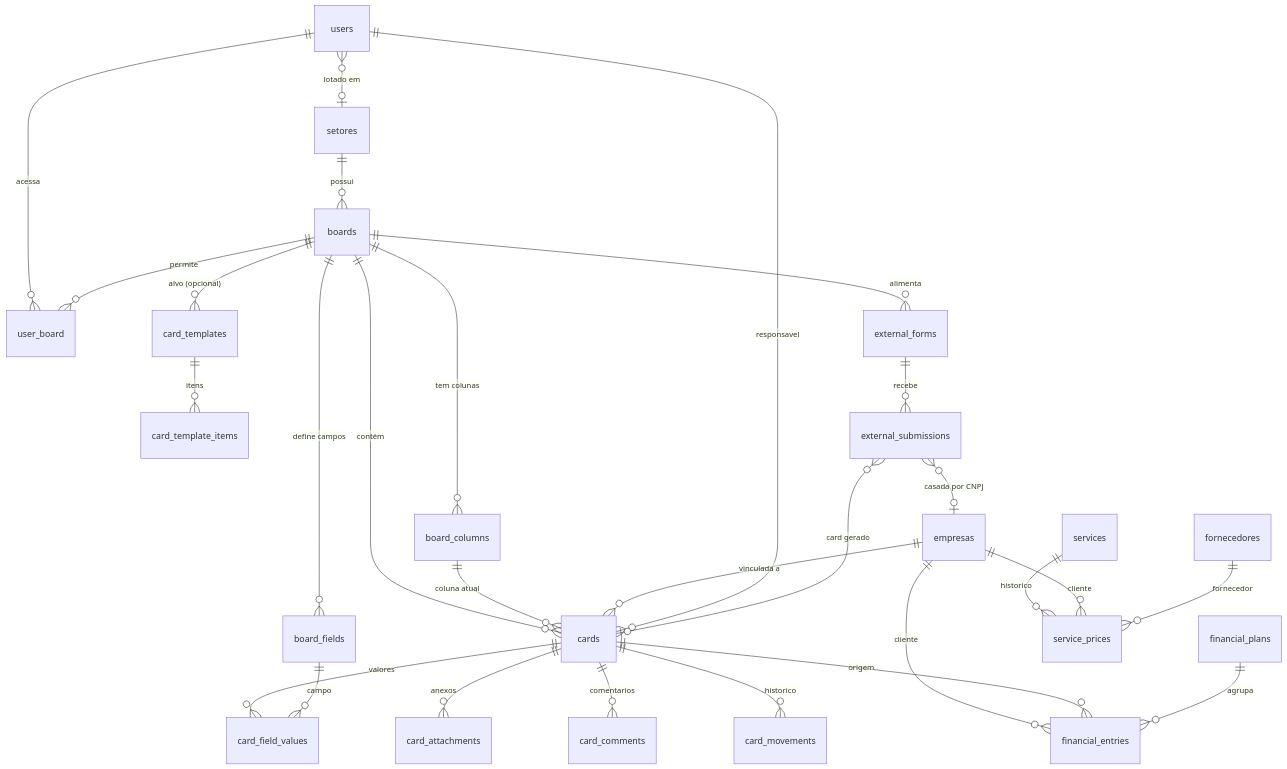
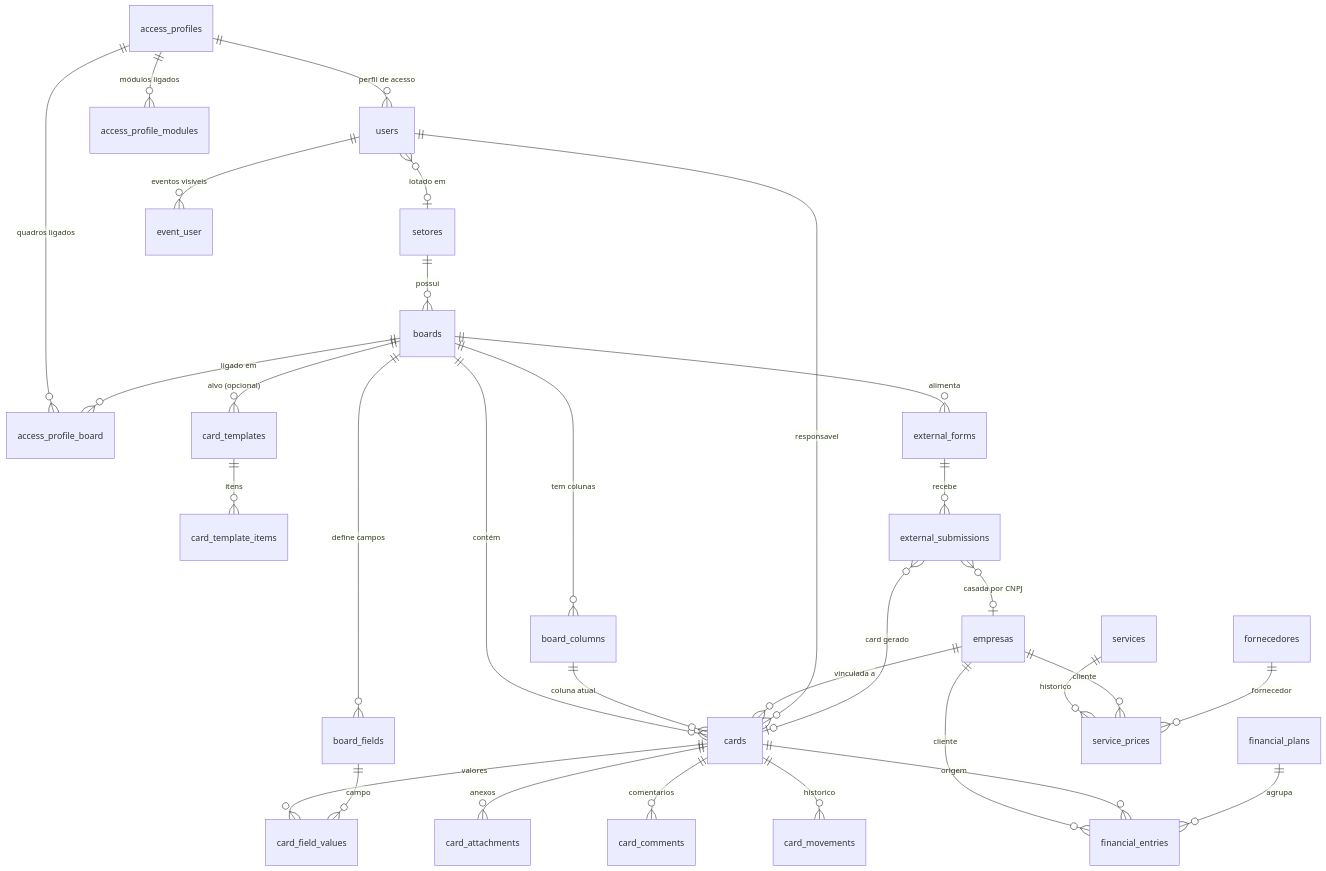
Before and after one commit to kaioabgnell/upmusic: the diagram in specs/03-modelo-de-dados.md, drawn with Mermaid. The commit also changed other lines of this file and 132 other files, not shown here.

````diff
--- a/specs/03-modelo-de-dados.md
+++ b/specs/03-modelo-de-dados.md
@@ -14,30 +14,33 @@
 ```mermaid
 erDiagram
     users }o--o| setores : "lotado em"
-    users ||--o{ user_board : acessa
-    boards ||--o{ user_board : permite
+    access_profiles ||--o{ users : "perfil de acesso"
+    access_profiles ||--o{ access_profile_modules : "módulos ligados"
+    access_profiles ||--o{ access_profile_board : "quadros ligados"
+    boards ||--o{ access_profile_board : "ligado em"
+    users ||--o{ event_user : "eventos visíveis"
     setores ||--o{ boards : "possui"
     boards ||--o{ board_columns : "tem colunas"
     boards ||--o{ board_fields : "define campos"
     boards ||--o{ cards : contém
     board_columns ||--o{ cards : "coluna atual"
     empresas ||--o{ cards : "vinculada a"
     users ||--o{ cards : responsavel
     cards ||--o{ card_field_values : "valores"
     board_fields ||--o{ card_field_values : "campo"
     cards ||--o{ card_attachments : anexos
     cards ||--o{ card_comments : comentarios
     cards ||--o{ card_movements : historico
     card_templates ||--o{ card_template_items : itens
     boards ||--o{ card_templates : "alvo (opcional)"
     empresas ||--o{ financial_entries : cliente
     cards ||--o{ financial_entries : origem
     financial_plans ||--o{ financial_entries : agrupa
     services ||--o{ service_prices : historico
     empresas ||--o{ service_prices : cliente
     fornecedores ||--o{ service_prices : fornecedor
     external_submissions }o--o| empresas : "casada por CNPJ"
     external_submissions }o--o| cards : "card gerado"
     external_forms ||--o{ external_submissions : recebe
     boards ||--o{ external_forms : alimenta
 ```
````
